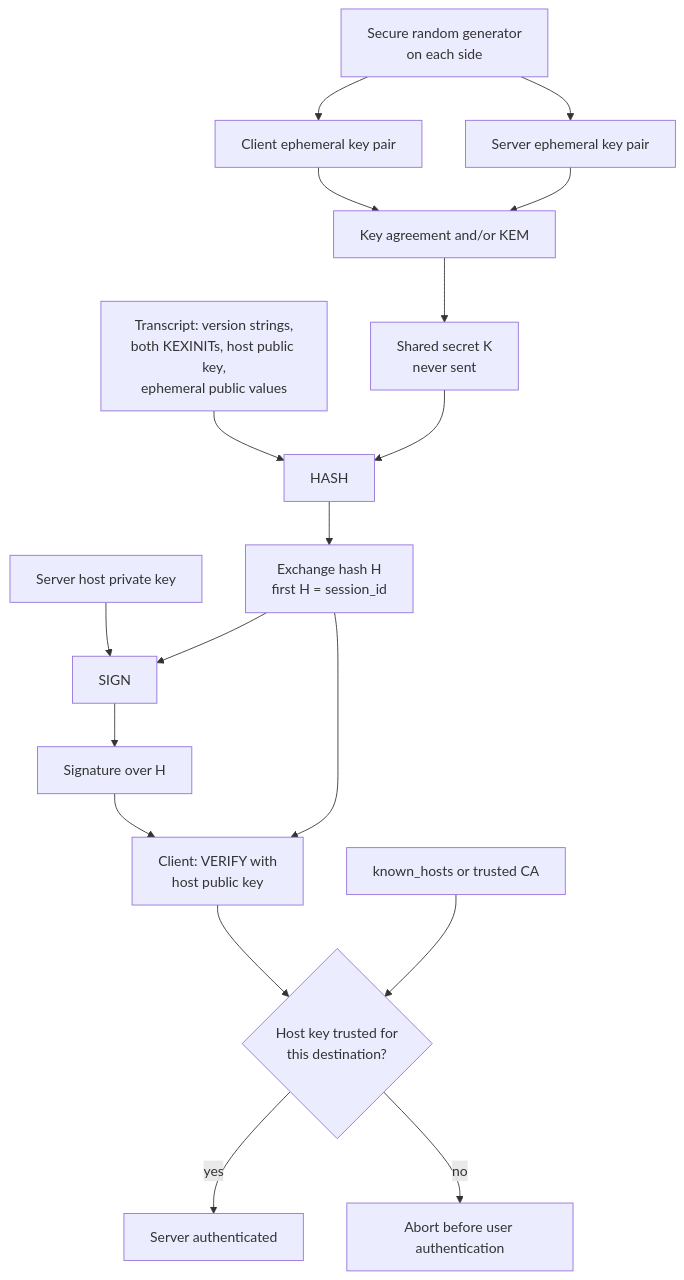
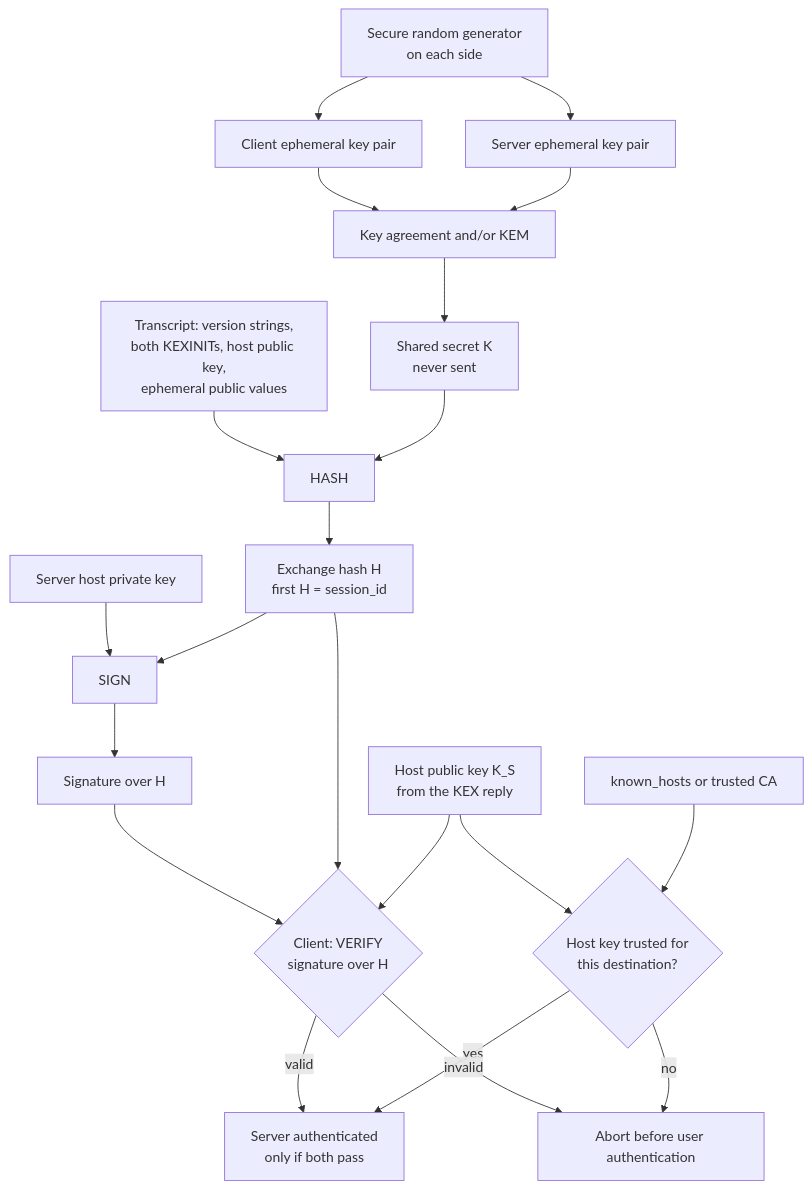
One commit to fornwall/ssh-protocol changed the first of 5 diagrams in src/cryptography-primer.md. Above: the diagram before and after it, drawn with Mermaid. The commit also changed 9 other files, not shown here.

First line of the commit message:
Show that the client checks host-key trust before the KEX signature

````diff
--- a/src/cryptography-primer.md
+++ b/src/cryptography-primer.md
@@ -123,20 +123,23 @@
 ```mermaid
 flowchart TB
     RNG["Secure random generator<br/>on each side"] --> EC["Client ephemeral key pair"]
     RNG --> ES["Server ephemeral key pair"]
     EC --> KA["Key agreement and/or KEM"]
     ES --> KA
     KA --> K["Shared secret K<br/>never sent"]
     T["Transcript: version strings,<br/>both KEXINITs, host public key,<br/>ephemeral public values"] --> HASH["HASH"]
     K --> HASH
     HASH --> H["Exchange hash H<br/>first H = session_id"]
     HPRIV["Server host private key"] --> SIGN["SIGN"]
     H --> SIGN
     SIGN --> SIG["Signature over H"]
-    SIG --> VER["Client: VERIFY with<br/>host public key"]
+    SIG --> VER{"Client: VERIFY<br/>signature over H"}
     H --> VER
-    VER --> TRUST{"Host key trusted for<br/>this destination?"}
+    HPUB["Host public key K_S<br/>from the KEX reply"] --> VER
+    HPUB --> TRUST{"Host key trusted for<br/>this destination?"}
     TS["known_hosts or trusted CA"] --> TRUST
-    TRUST -->|"yes"| OK["Server authenticated"]
-    TRUST -->|"no"| STOP["Abort before user authentication"]
+    VER -->|"valid"| OK["Server authenticated<br/>only if both pass"]
+    TRUST -->|"yes"| OK
+    VER -->|"invalid"| STOP["Abort before user authentication"]
+    TRUST -->|"no"| STOP
 ```
````
